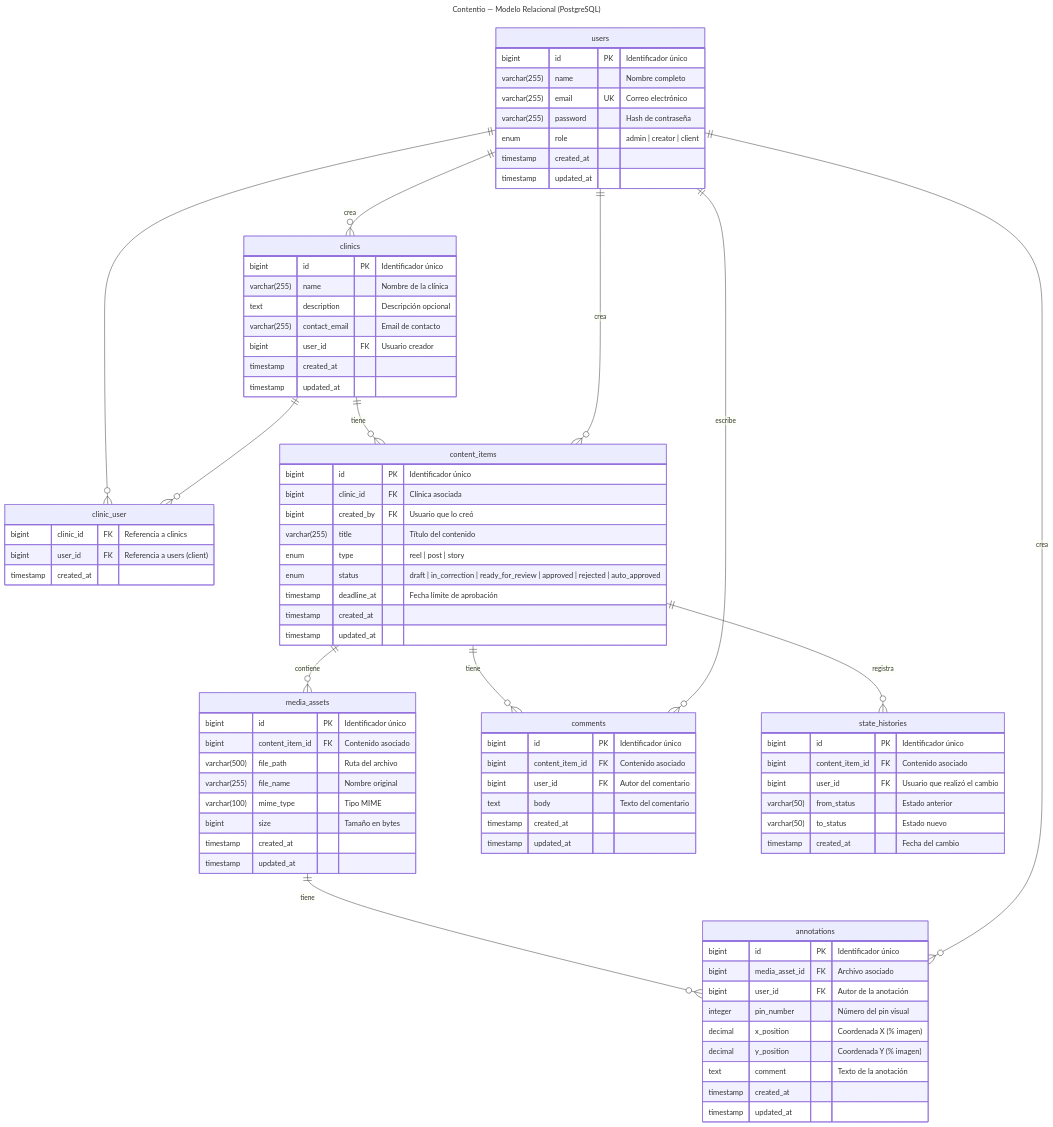
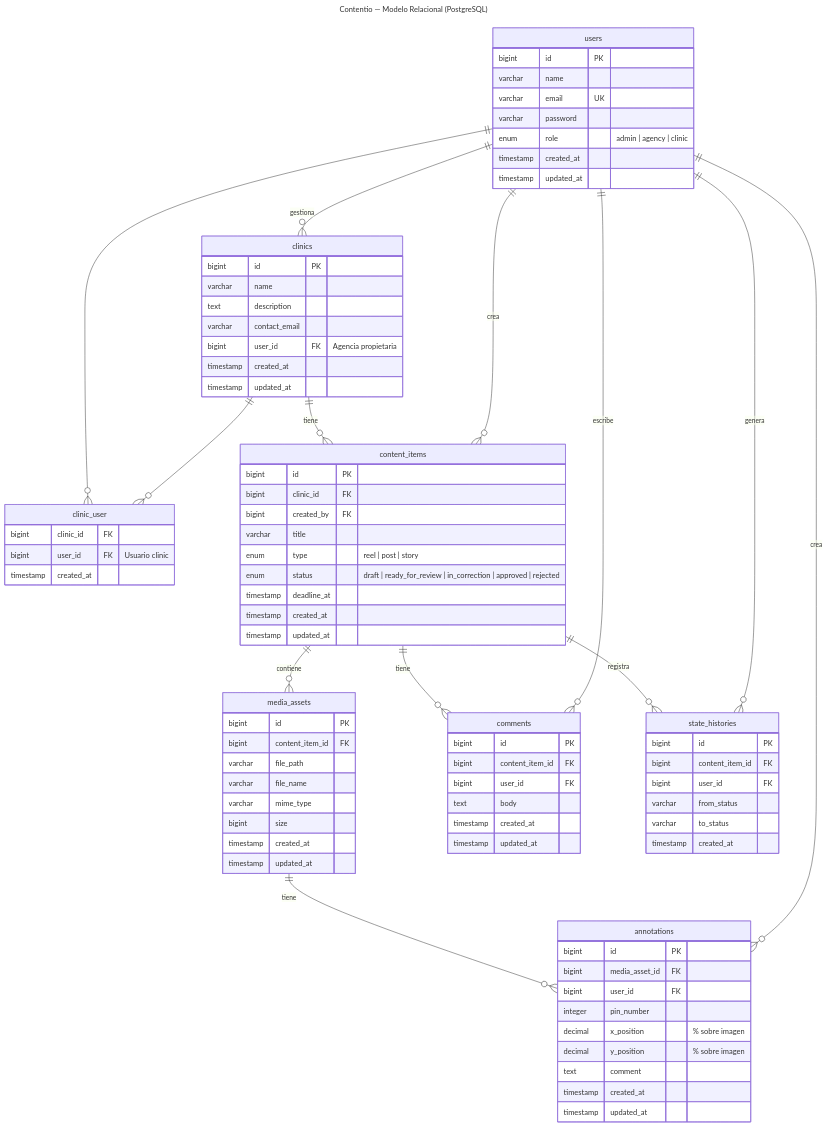
The diagram in docs/diagrams/modelo_bbdd.md (OscarFelVar/dam-final-project-contentio), drawn with Mermaid before and after one commit. The commit also changed other lines of this file and 1 other file, not shown here.

Commit message:
[S5-06] Rename Dashboard to Inicio in admin sidebar

````diff
--- a/docs/diagrams/modelo_bbdd.md
+++ b/docs/diagrams/modelo_bbdd.md
@@ -4,116 +2,98 @@
 ---
 title: Contentio — Modelo Relacional (PostgreSQL)
 ---
+
 erDiagram
 
-    %% ═══════════════════════════════════════
-    %% NÚCLEO: Usuarios y Clínicas
-    %% ═══════════════════════════════════════
+      users {
+          bigint id PK
+          varchar name
+          varchar email UK
+          varchar password
+          enum role "admin | agency | clinic"
+          timestamp created_at
+          timestamp updated_at
+      }
 
-    users {
-        bigint id PK "Identificador único"
-        varchar(255) name "Nombre completo"
-        varchar(255) email UK "Correo electrónico"
-        varchar(255) password "Hash de contraseña"
-        enum role "admin | creator | client"
-        timestamp created_at
-        timestamp updated_at
-    }
+      clinics {
+          bigint id PK
+          varchar name
+          text description
+          varchar contact_email
+          bigint user_id FK "Agencia propietaria"
+          timestamp created_at
+          timestamp updated_at
+      }
 
-    clinics {
-        bigint id PK "Identificador único"
-        varchar(255) name "Nombre de la clínica"
-        text description "Descripción opcional"
-        varchar(255) contact_email "Email de contacto"
-        bigint user_id FK "Usuario creador"
-        timestamp created_at
-        timestamp updated_at
-    }
+      clinic_user {
+          bigint clinic_id FK
+          bigint user_id FK "Usuario clinic"
+          timestamp created_at
+      }
 
-    clinic_user {
-        bigint clinic_id FK "Referencia a clinics"
-        bigint user_id FK "Referencia a users (client)"
-        timestamp created_at
-    }
+      content_items {
+          bigint id PK
+          bigint clinic_id FK
+          bigint created_by FK
+          varchar title
+          enum type "reel | post | story"
+          enum status "draft | ready_for_review | in_correction | approved | rejected"
+          timestamp deadline_at
+          timestamp created_at
+          timestamp updated_at
+      }
 
-    %% ═══════════════════════════════════════
-    %% CONTENIDOS Y MULTIMEDIA
-    %% ═══════════════════════════════════════
+      media_assets {
+          bigint id PK
+          bigint content_item_id FK
+          varchar file_path
+          varchar file_name
+          varchar mime_type
+          bigint size
+          timestamp created_at
+          timestamp updated_at
+      }
 
-    content_items {
-        bigint id PK "Identificador único"
-        bigint clinic_id FK "Clínica asociada"
-        bigint created_by FK "Usuario que lo creó"
-        varchar(255) title "Título del contenido"
-        enum type "reel | post | story"
-        enum status "draft | in_correction | ready_for_review | approved | rejected | auto_approved"
-        timestamp deadline_at "Fecha límite de aprobación"
-        timestamp created_at
-        timestamp updated_at
-    }
+      comments {
+          bigint id PK
+          bigint content_item_id FK
+          bigint user_id FK
+          text body
+          timestamp created_at
+          timestamp updated_at
+      }
 
-    media_assets {
-        bigint id PK "Identificador único"
-        bigint content_item_id FK "Contenido asociado"
-        varchar(500) file_path "Ruta del archivo"
-        varchar(255) file_name "Nombre original"
-        varchar(100) mime_type "Tipo MIME"
-        bigint size "Tamaño en bytes"
-        timestamp created_at
-        timestamp updated_at
-    }
+      annotations {
+          bigint id PK
+          bigint media_asset_id FK
+          bigint user_id FK
+          integer pin_number
+          decimal x_position "% sobre imagen"
+          decimal y_position "% sobre imagen"
+          text comment
+          timestamp created_at
+          timestamp updated_at
+      }
 
-    %% ═══════════════════════════════════════
-    %% REVISIÓN Y TRAZABILIDAD
-    %% ═══════════════════════════════════════
+      state_histories {
+          bigint id PK
+          bigint content_item_id FK
+          bigint user_id FK
+          varchar from_status
+          varchar to_status
+          timestamp created_at
+      }
 
-    comments {
-        bigint id PK "Identificador único"
-        bigint content_item_id FK "Contenido asociado"
-        bigint user_id FK "Autor del comentario"
-        text body "Texto del comentario"
-        timestamp created_at
-        timestamp updated_at
-    }
-
-    annotations {
-        bigint id PK "Identificador único"
-        bigint media_asset_id FK "Archivo asociado"
-        bigint user_id FK "Autor de la anotación"
-        integer pin_number "Número del pin visual"
-        decimal x_position "Coordenada X (% imagen)"
-        decimal y_position "Coordenada Y (% imagen)"
-        text comment "Texto de la anotación"
-        timestamp created_at
-        timestamp updated_at
-    }
-
-    state_histories {
-        bigint id PK "Identificador único"
-        bigint content_item_id FK "Contenido asociado"
-        bigint user_id FK "Usuario que realizó el cambio"
-        varchar(50) from_status "Estado anterior"
-        varchar(50) to_status "Estado nuevo"
-        timestamp created_at "Fecha del cambio"
-    }
-
-    %% ═══════════════════════════════════════
-    %% RELACIONES
-    %% ═══════════════════════════════════════
-
-    users ||--o{ clinics : "crea"
-    users ||--o{ clinic_user : ""
-    clinics ||--o{ clinic_user : ""
-
-    clinics ||--o{ content_items : "tiene"
-    users ||--o{ content_items : "crea"
-
-    content_items ||--o{ media_assets : "contiene"
-    content_items ||--o{ comments : "tiene"
-    content_items ||--o{ state_histories : "registra"
-
-    media_assets ||--o{ annotations : "tiene"
-
-    users ||--o{ comments : "escribe"
-    users ||--o{ annotations : "crea"
+      users ||--o{ clinics : "gestiona"
+      users ||--o{ clinic_user : ""
+      clinics ||--o{ clinic_user : ""
+      clinics ||--o{ content_items : "tiene"
+      users ||--o{ content_items : "crea"
+      content_items ||--o{ media_assets : "contiene"
+      content_items ||--o{ comments : "tiene"
+      content_items ||--o{ state_histories : "registra"
+      media_assets ||--o{ annotations : "tiene"
+      users ||--o{ comments : "escribe"
+      users ||--o{ annotations : "crea"
+      users ||--o{ state_histories : "genera"
 ```
````
